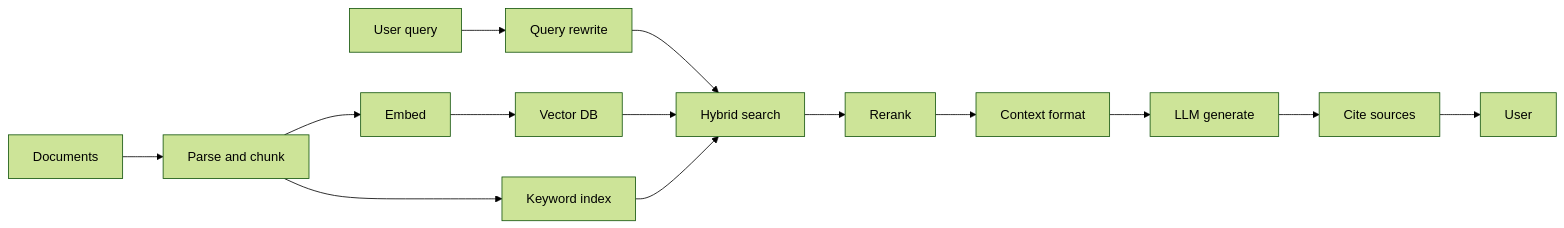
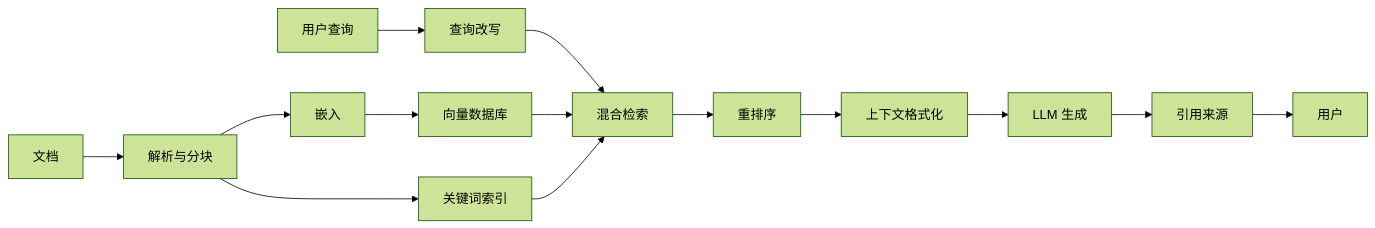
One commit to ChiHoc/ai-system-design-guide-zh changed the second of 3 diagrams in 00-interview-prep/01-question-bank.md. Above: the diagram before and after it, drawn with Mermaid (forest theme). The commit also changed other lines of this file and 17 other files, not shown here.

````diff
--- a/00-interview-prep/01-question-bank.md
+++ b/00-interview-prep/01-question-bank.md
@@ -75,16 +76,16 @@
 ```mermaid
 flowchart LR
-    A[Documents] --> B[Parse and chunk]
-    B --> C[Embed]
-    C --> D[Vector DB]
-    B --> E[Keyword index]
-    F[User query] --> G[Query rewrite]
-    G --> H[Hybrid search]
+    A[文档] --> B[解析与分块]
+    B --> C[嵌入]
+    C --> D[向量数据库]
+    B --> E[关键词索引]
+    F[用户查询] --> G[查询改写]
+    G --> H[混合检索]
     D --> H
     E --> H
-    H --> I[Rerank]
-    I --> J[Context format]
-    J --> K[LLM generate]
-    K --> L[Cite sources]
-    L --> M[User]
+    H --> I[重排序]
+    I --> J[上下文格式化]
+    J --> K[LLM 生成]
+    K --> L[引用来源]
+    L --> M[用户]
 ```
````
